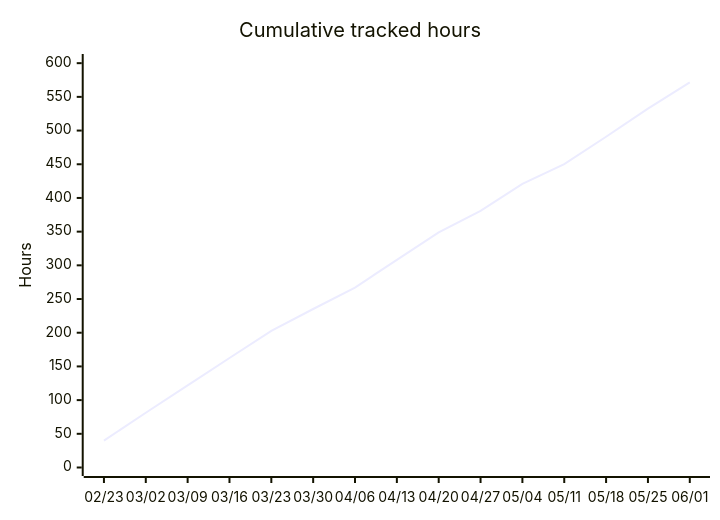
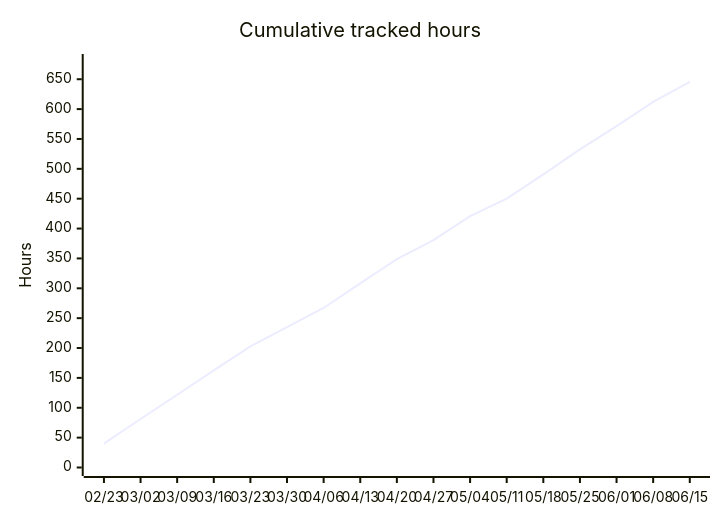
One commit to albinforsberg-netizen/timeclock changed the fifth of 5 diagrams in README.org. Above: the diagram before and after it, drawn with Mermaid. The commit also changed other lines of this file, not shown here.

```diff
--- a/README.org
+++ b/README.org
@@ -125,7 +125,7 @@
 #+begin_src mermaid
 xychart-beta
     title "Cumulative tracked hours"
-    x-axis ["02/23", "03/02", "03/09", "03/16", "03/23", "03/30", "04/06", "04/13", "04/20", "04/27", "05/04", "05/11", "05/18", "05/25", "06/01"]
-    y-axis "Hours" 0 --> 601
-    line [40.00, 81.25, 121.75, 162.50, 202.75, 235.19, 267.03, 308.11, 348.83, 380.71, 420.81, 450.20, 490.81, 532.57, 571.50]
+    x-axis ["02/23", "03/02", "03/09", "03/16", "03/23", "03/30", "04/06", "04/13", "04/20", "04/27", "05/04", "05/11", "05/18", "05/25", "06/01", "06/08", "06/15"]
+    y-axis "Hours" 0 --> 678
+    line [40.00, 81.25, 121.75, 162.50, 202.75, 235.19, 267.03, 308.11, 348.83, 380.71, 420.81, 450.20, 490.81, 532.57, 571.50, 612.14, 645.42]
 #+end_src
```
